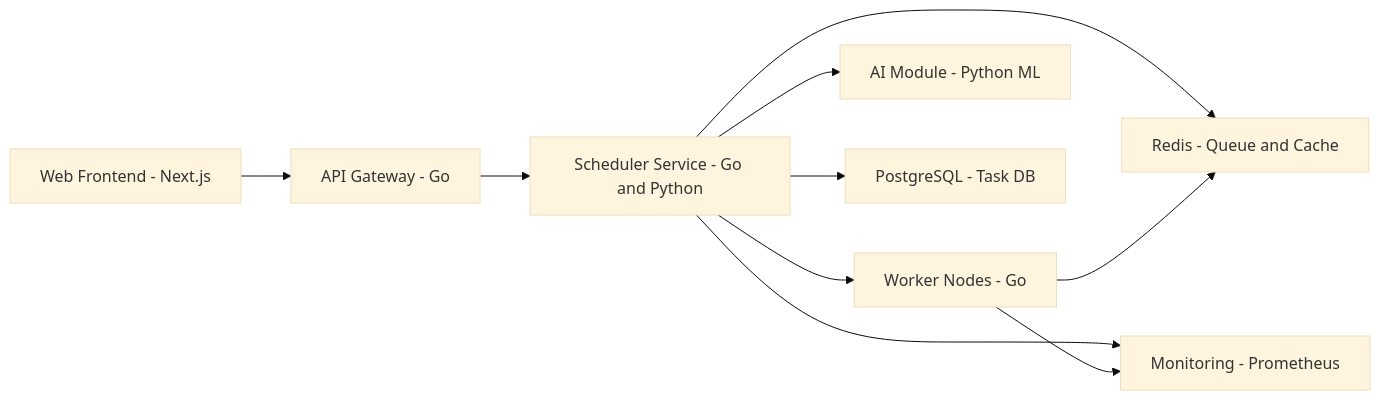
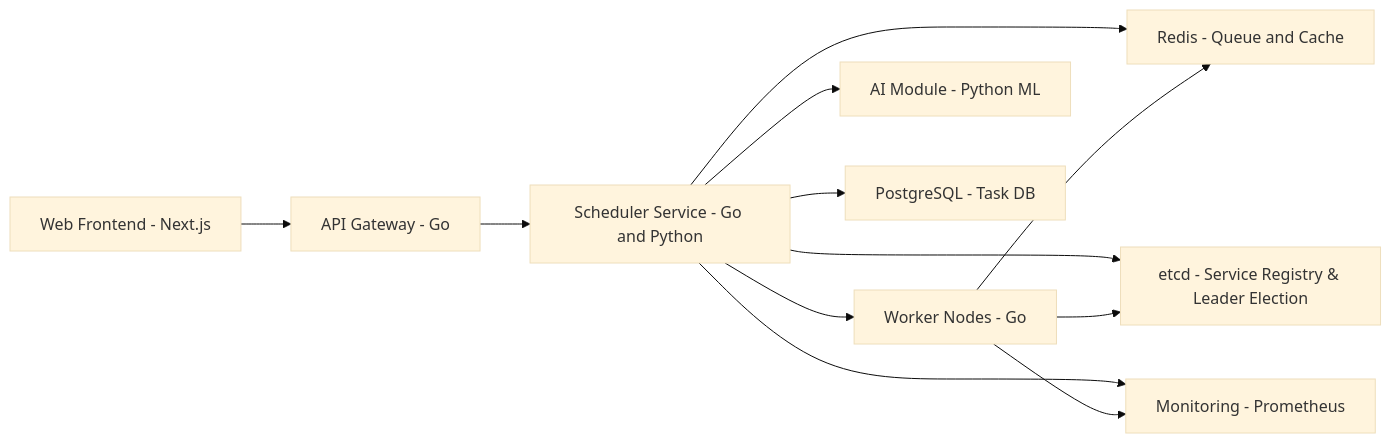
The diagram in README.md (JamesDante/iDTask), drawn with Mermaid (base theme) before and after one commit.

````diff
--- a/README.md
+++ b/README.md
@@ -16,12 +16,14 @@
 ```mermaid
 graph LR
   A[Web Frontend - Next.js] --> B[API Gateway - Go]
   B --> C[Scheduler Service - Go and Python]
   C --> D[Worker Nodes - Go]
   C --> E[AI Module - Python ML]
   C --> F[PostgreSQL - Task DB]
   C --> G[Redis - Queue and Cache]
+  C --> I[etcd - Service Registry & Leader Election]
   D --> G
+  D --> I
   C --> H[Monitoring - Prometheus]
   D --> H
 ```
````
